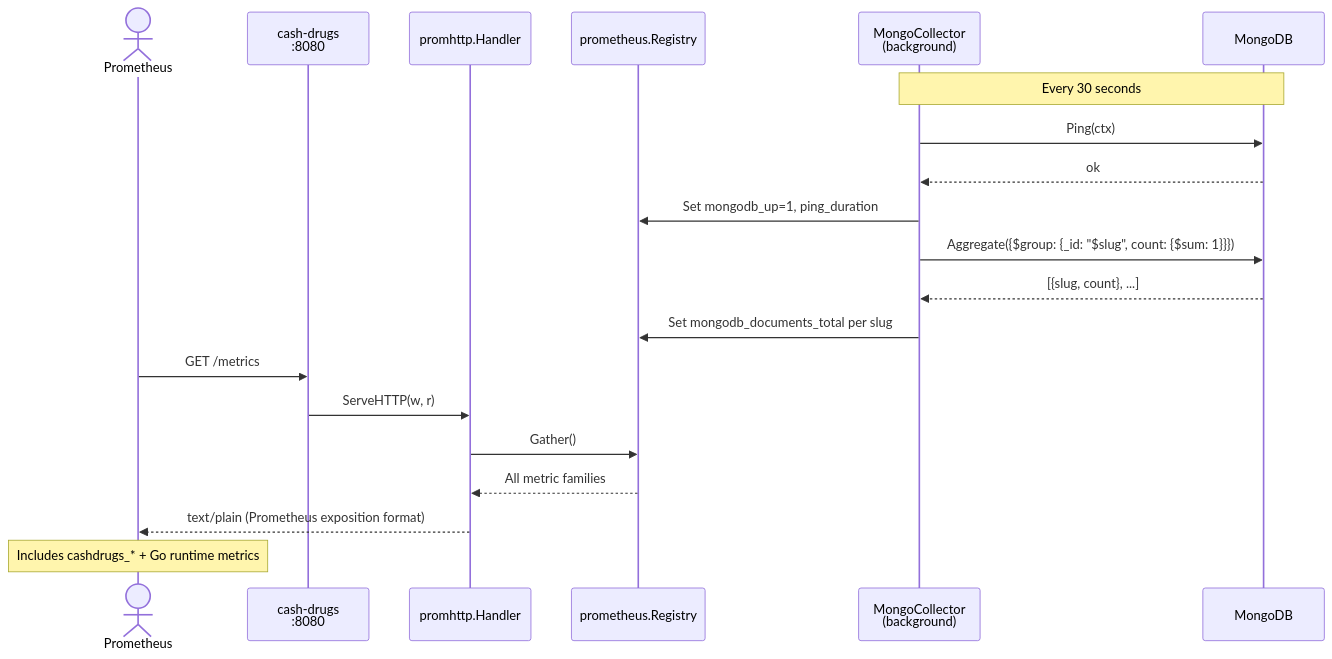
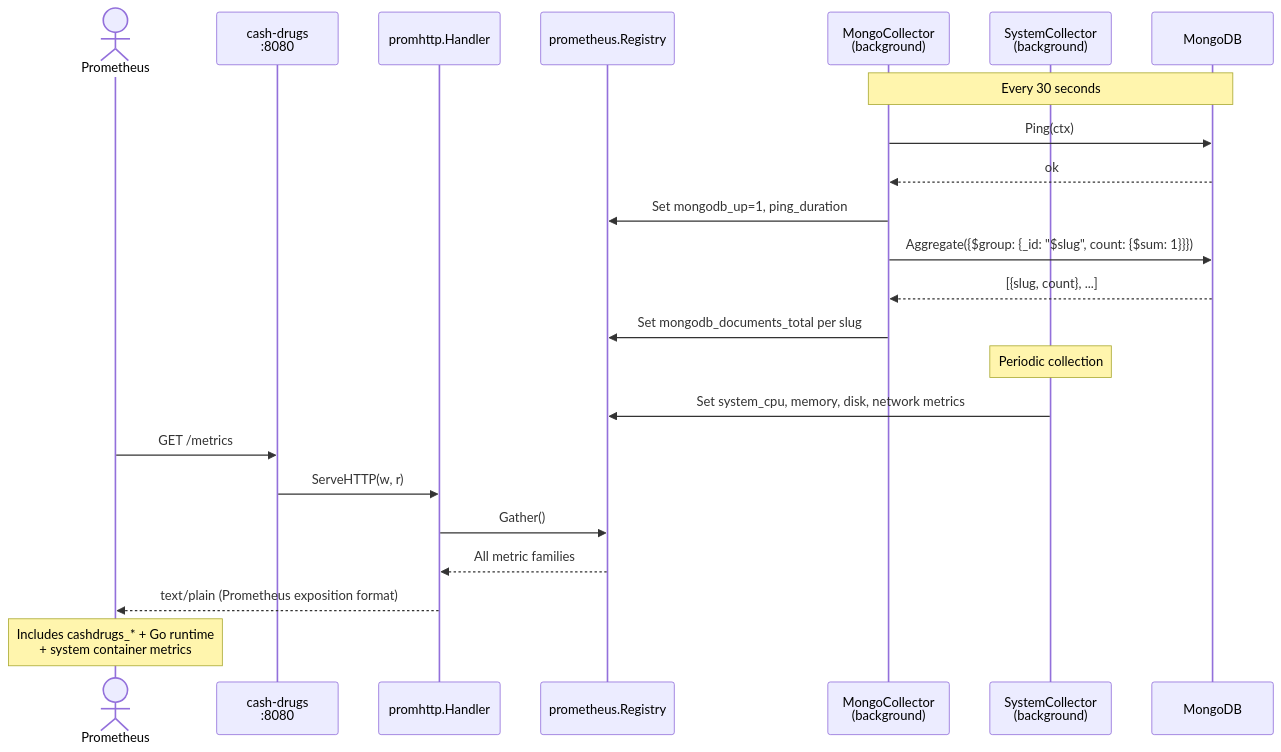
Before and after one commit to finish06/cash-drugs: diagram 12 of 13 in docs/sequence-diagram.md, drawn with Mermaid. The commit also changed other lines of this file and 1 other file, not shown here.

First line of the commit message:
docs: update sequence diagrams and CLAUDE.md for M9 features

````diff
--- a/docs/sequence-diagram.md
+++ b/docs/sequence-diagram.md
@@ -205,24 +398,28 @@
 ```mermaid
 sequenceDiagram
     actor Prom as Prometheus
     participant GW as cash-drugs<br/>:8080
     participant MH as promhttp.Handler
     participant REG as prometheus.Registry
     participant MC as MongoCollector<br/>(background)
+    participant SC as SystemCollector<br/>(background)
     participant DB as MongoDB
 
     Note over MC,DB: Every 30 seconds
     MC->>DB: Ping(ctx)
     DB-->>MC: ok
     MC->>REG: Set mongodb_up=1, ping_duration
     MC->>DB: Aggregate({$group: {_id: "$slug", count: {$sum: 1}}})
     DB-->>MC: [{slug, count}, ...]
     MC->>REG: Set mongodb_documents_total per slug
 
+    Note over SC: Periodic collection
+    SC->>REG: Set system_cpu, memory, disk, network metrics
+
     Prom->>GW: GET /metrics
     GW->>MH: ServeHTTP(w, r)
     MH->>REG: Gather()
     REG-->>MH: All metric families
     MH-->>Prom: text/plain (Prometheus exposition format)
-    Note over Prom: Includes cashdrugs_* + Go runtime metrics
+    Note over Prom: Includes cashdrugs_* + Go runtime<br/>+ system container metrics
 ```
````
